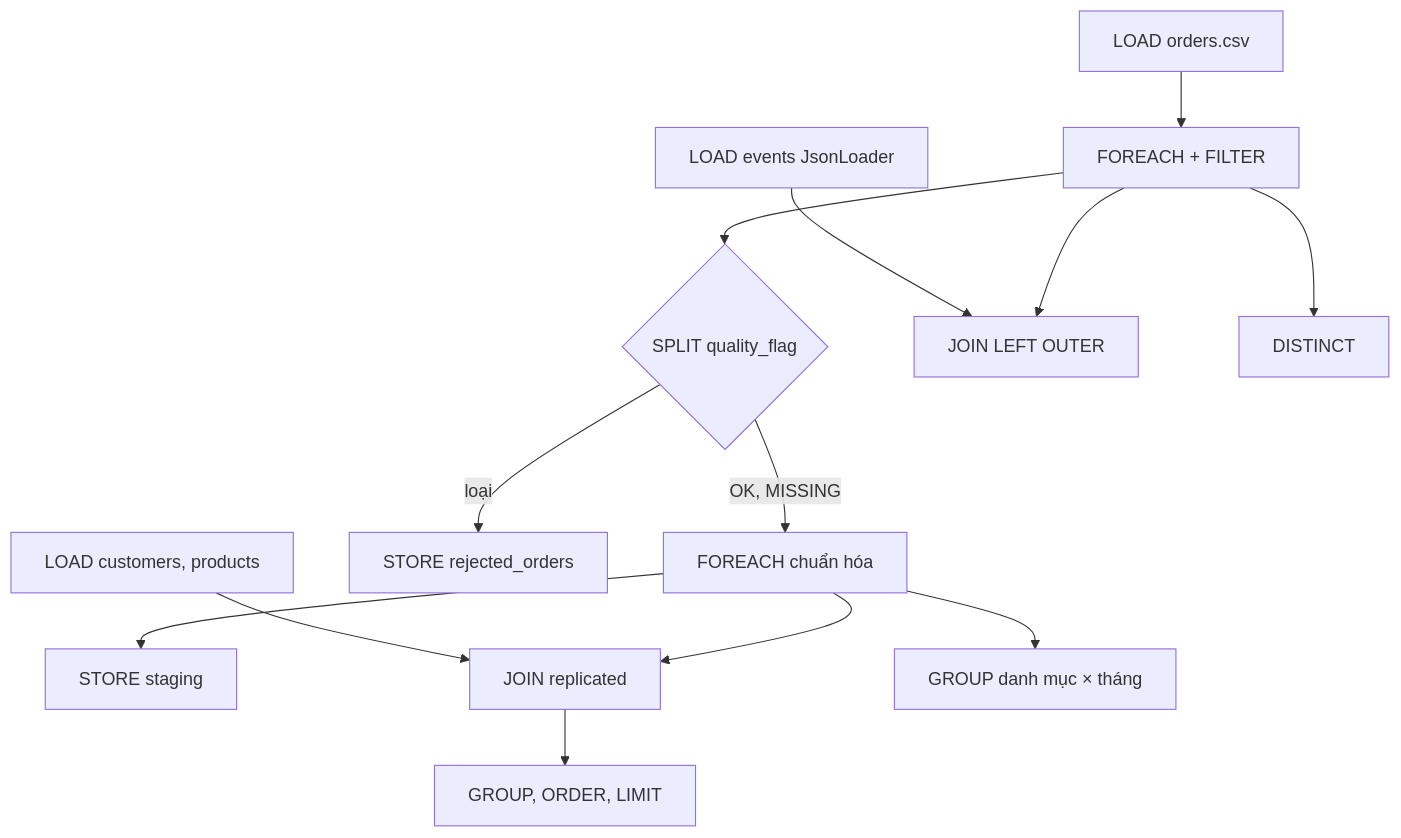
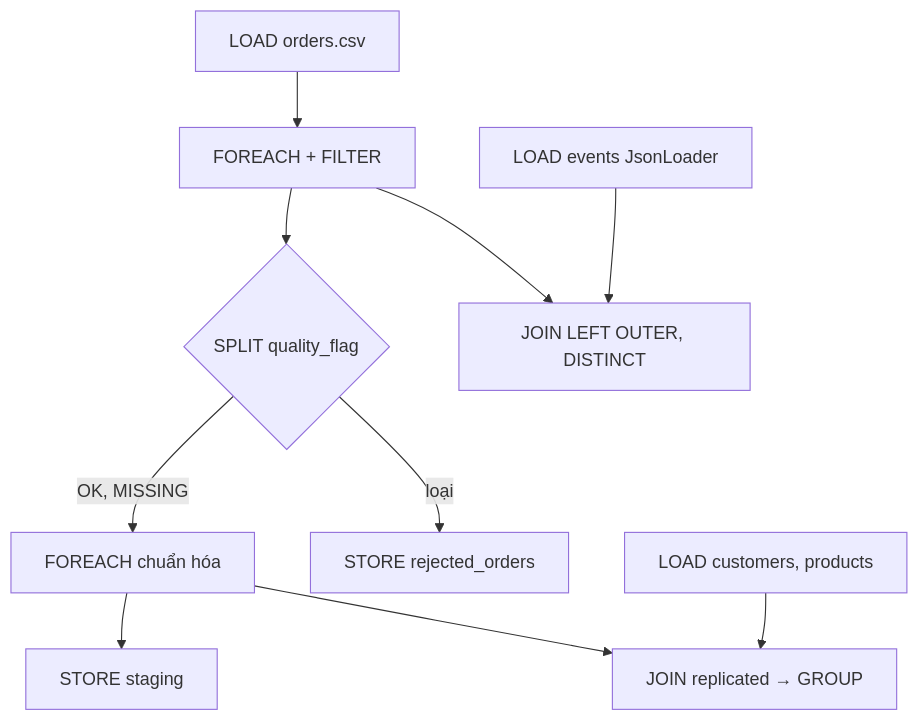
One commit to ariushieu/ecommerce-bigdata-pipeline changed the first of 2 diagrams in report/sections/35-thuat-toan-chuyen-biet.md. Above: the diagram before and after it, drawn with Mermaid. The commit also changed other lines of this file and 32 other files, not shown here.

````diff
--- a/report/sections/35-thuat-toan-chuyen-biet.md
+++ b/report/sections/35-thuat-toan-chuyen-biet.md
@@ -13,15 +9,12 @@
 ```mermaid
 flowchart TD
   O["LOAD orders.csv"] --> F["FOREACH + FILTER"]
   F --> S{"SPLIT quality_flag"}
   S -->|"OK, MISSING"| C["FOREACH chuẩn hóa"]
   S -->|"loại"| R["STORE rejected_orders"]
   C --> ST["STORE staging"]
-  CU["LOAD customers, products"] --> J["JOIN replicated"]
+  CU["LOAD customers, products"] --> J["JOIN replicated → GROUP"]
   C --> J
-  J --> G["GROUP, ORDER, LIMIT"]
-  C --> G4["GROUP danh mục × tháng"]
-  E["LOAD events JsonLoader"] --> JE["JOIN LEFT OUTER"]
+  E["LOAD events JsonLoader"] --> JE["JOIN LEFT OUTER, DISTINCT"]
   F --> JE
-  F --> D["DISTINCT"]
 ```
````
